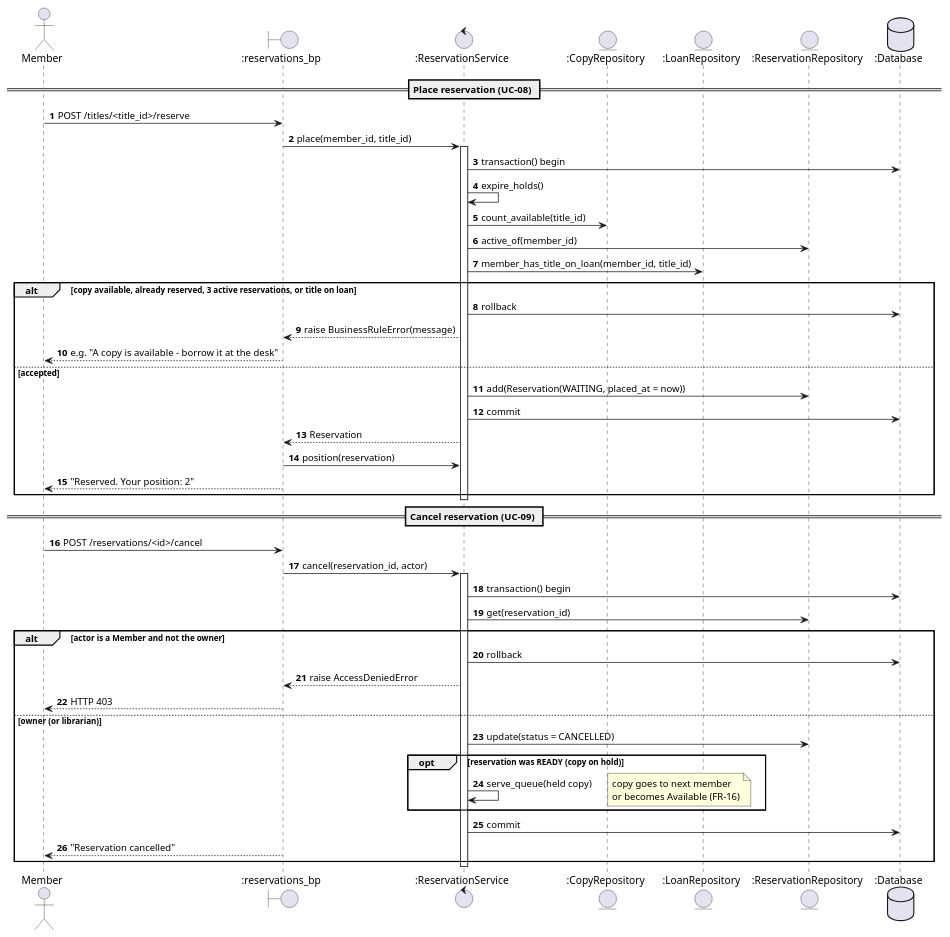
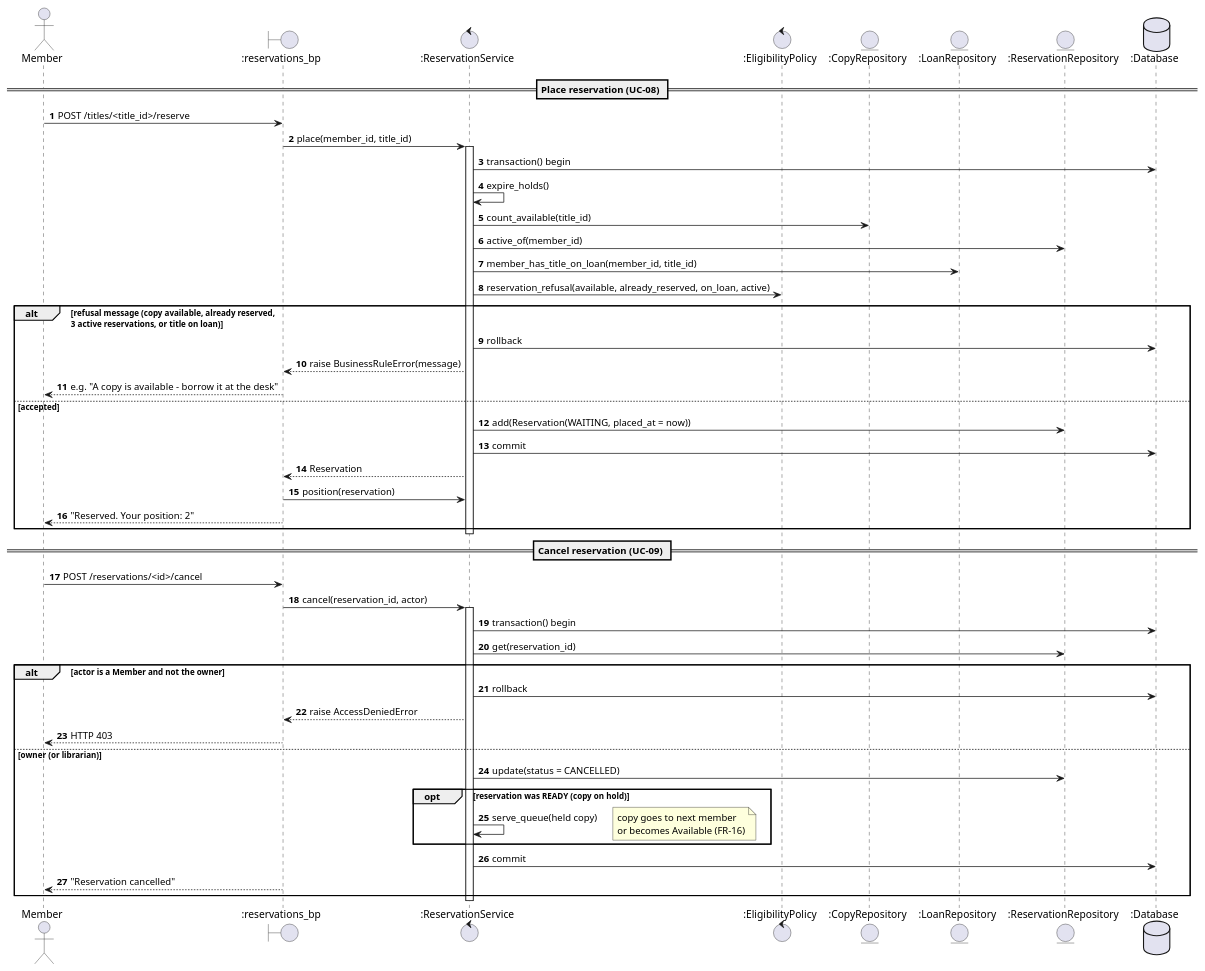
One commit to imnvrml/library-management-system changed the diagram in docs/models/13-seq-reservation.puml. Above: the diagram before and after it, drawn with PlantUML. The commit also changed 10 other files, not shown here.

Commit message:
docs(models): v1.1 - extract pure EligibilityPolicy so decision rules are unit-testable

```diff
--- a/docs/models/13-seq-reservation.puml
+++ b/docs/models/13-seq-reservation.puml
@@ -1,55 +1,57 @@
 @startuml seq-reservation
 ' SD-04 Place and cancel a reservation (UC-08 includes UC-14; UC-09 includes UC-15)
 skinparam shadowing false
 autonumber
 actor Member
 boundary ":reservations_bp" as bp
 control ":ReservationService" as res
+control ":EligibilityPolicy" as pol
 entity ":CopyRepository" as copies
 entity ":LoanRepository" as loans
 entity ":ReservationRepository" as rrepo
 database ":Database" as db
 
 == Place reservation (UC-08) ==
 Member -> bp : POST /titles/<title_id>/reserve
 bp -> res : place(member_id, title_id)
 activate res
 res -> db : transaction() begin
 res -> res : expire_holds()
 res -> copies : count_available(title_id)
 res -> rrepo : active_of(member_id)
 res -> loans : member_has_title_on_loan(member_id, title_id)
-alt copy available, already reserved, 3 active reservations, or title on loan
+res -> pol : reservation_refusal(available, already_reserved, on_loan, active)
+alt refusal message (copy available, already reserved,\n3 active reservations, or title on loan)
   res -> db : rollback
   res --> bp : raise BusinessRuleError(message)
   bp --> Member : e.g. "A copy is available - borrow it at the desk"
 else accepted
   res -> rrepo : add(Reservation(WAITING, placed_at = now))
   res -> db : commit
   res --> bp : Reservation
   bp -> res : position(reservation)
   bp --> Member : "Reserved. Your position: 2"
 end
 deactivate res
 
 == Cancel reservation (UC-09) ==
 Member -> bp : POST /reservations/<id>/cancel
 bp -> res : cancel(reservation_id, actor)
 activate res
 res -> db : transaction() begin
 res -> rrepo : get(reservation_id)
 alt actor is a Member and not the owner
   res -> db : rollback
   res --> bp : raise AccessDeniedError
   bp --> Member : HTTP 403
 else owner (or librarian)
   res -> rrepo : update(status = CANCELLED)
   opt reservation was READY (copy on hold)
     res -> res : serve_queue(held copy)
     note right : copy goes to next member\nor becomes Available (FR-16)
   end
   res -> db : commit
   bp --> Member : "Reservation cancelled"
 end
 deactivate res
 @enduml
```
